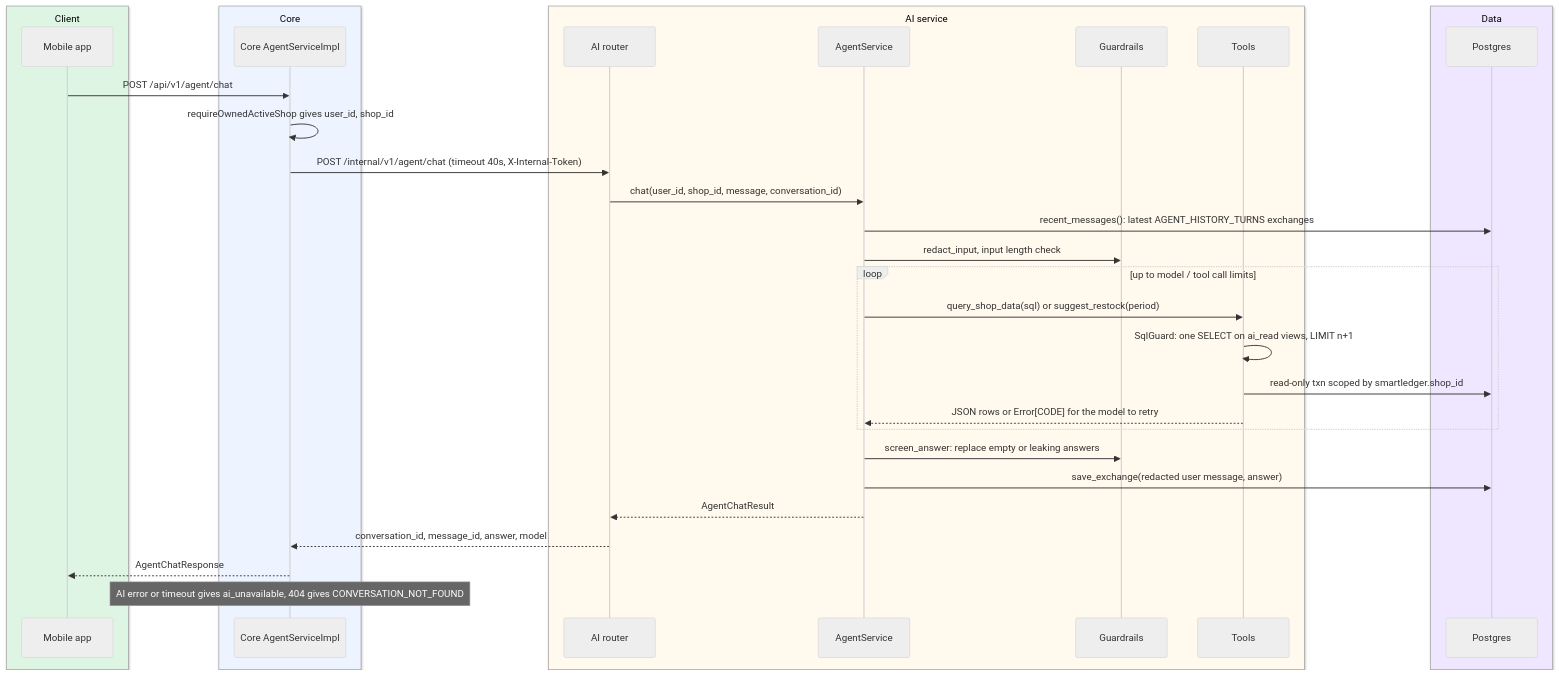
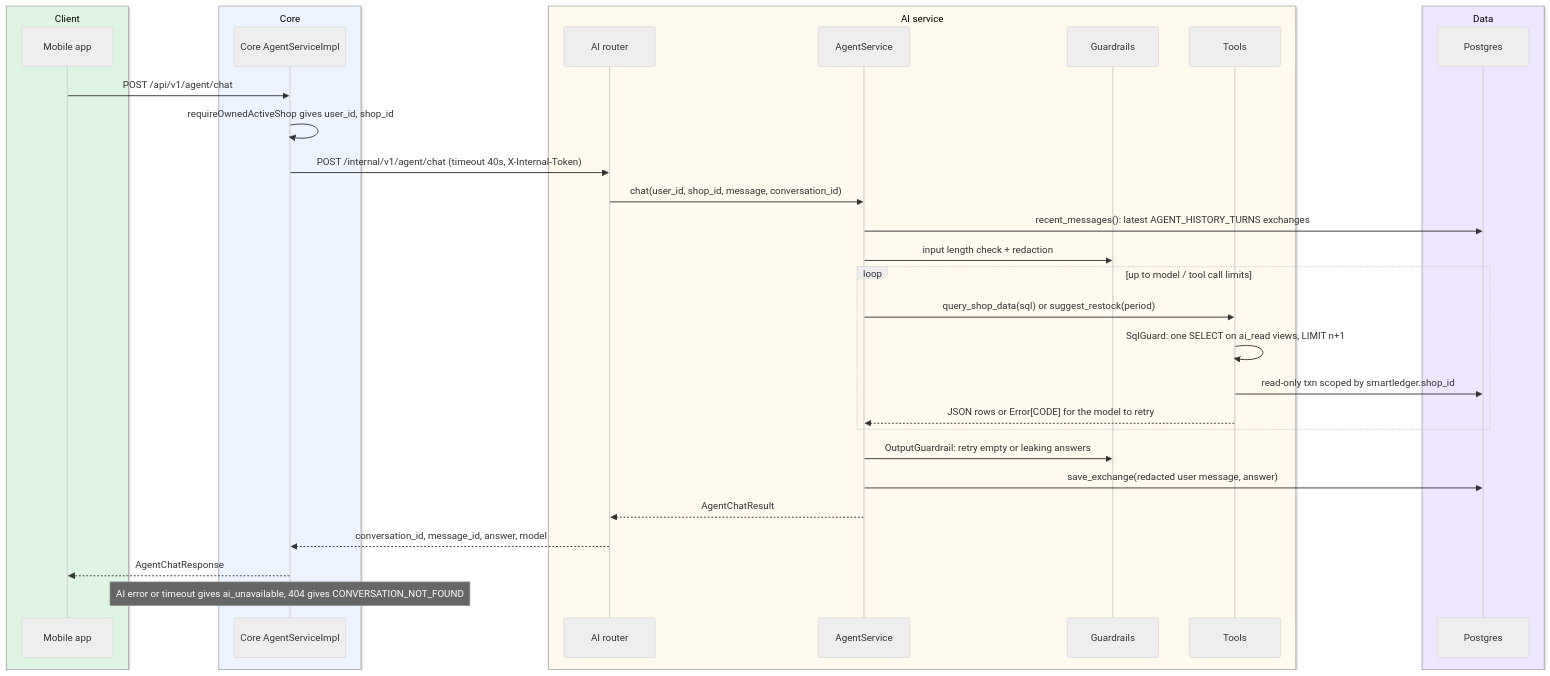
Diagram 14 of 14 in docs/architecture/service-walkthrough/README.md (miphu2804/smart-ledger), drawn with Mermaid (neutral theme) before and after one commit. The commit also changed other lines of this file and 20 other files, not shown here.

````diff
--- a/docs/architecture/service-walkthrough/README.md
+++ b/docs/architecture/service-walkthrough/README.md
@@ -598,37 +598,37 @@
 ```mermaid
 sequenceDiagram
     box rgb(223,245,227) Client
     participant App as Mobile app
     end
     box rgb(238,244,255) Core
     participant Core as Core AgentServiceImpl
     end
     box rgb(255,249,238) AI service
     participant R as AI router
     participant A as AgentService
     participant G as Guardrails
     participant T as Tools
     end
     box rgb(239,230,255) Data
     participant DB as Postgres
     end
 
     App->>Core: POST /api/v1/agent/chat
     Core->>Core: requireOwnedActiveShop gives user_id, shop_id
     Core->>R: POST /internal/v1/agent/chat (timeout 40s, X-Internal-Token)
     R->>A: chat(user_id, shop_id, message, conversation_id)
     A->>DB: recent_messages(): latest AGENT_HISTORY_TURNS exchanges
-    A->>G: redact_input, input length check
+    A->>G: input length check + redaction
     loop up to model / tool call limits
         A->>T: query_shop_data(sql) or suggest_restock(period)
         T->>T: SqlGuard: one SELECT on ai_read views, LIMIT n+1
         T->>DB: read-only txn scoped by smartledger.shop_id
         T-->>A: JSON rows or Error[CODE] for the model to retry
     end
-    A->>G: screen_answer: replace empty or leaking answers
+    A->>G: OutputGuardrail: retry empty or leaking answers
     A->>DB: save_exchange(redacted user message, answer)
     A-->>R: AgentChatResult
     R-->>Core: conversation_id, message_id, answer, model
     Core-->>App: AgentChatResponse
     Note over Core: AI error or timeout gives ai_unavailable, 404 gives CONVERSATION_NOT_FOUND
 ```
````
